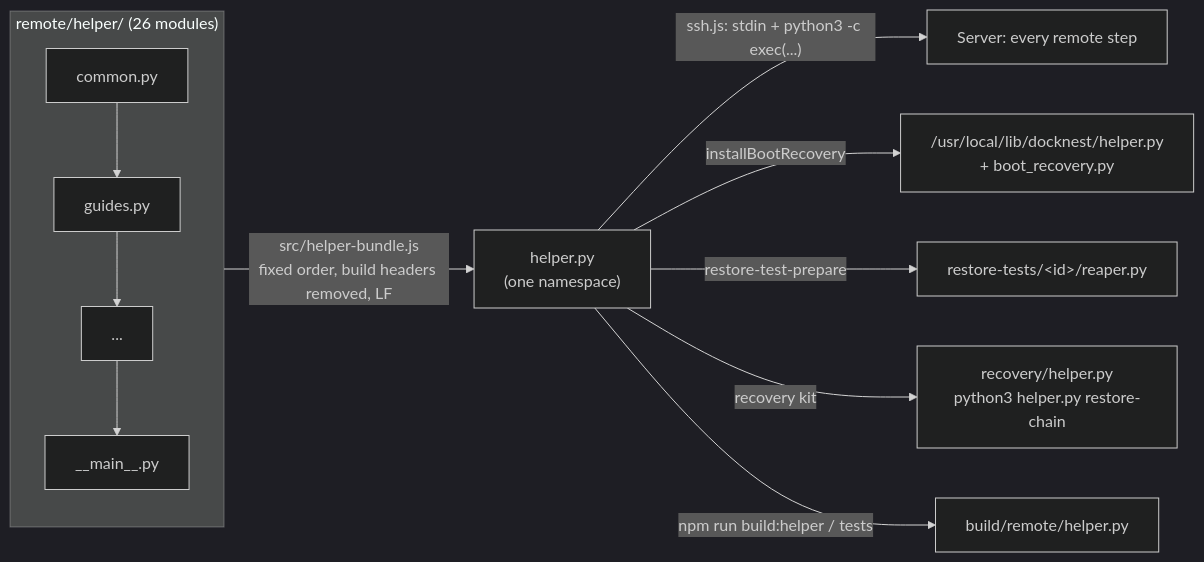
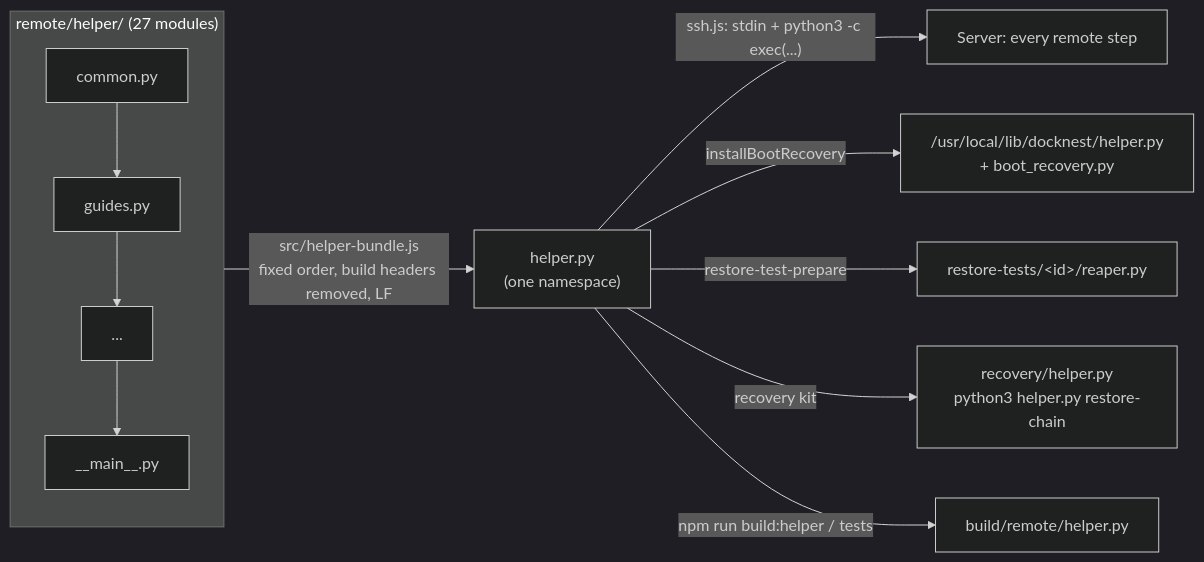
One commit to DahanItamar/DockNest changed the first of 3 diagrams in docs/remote-helper.md. Above: the diagram before and after it, drawn with Mermaid (dark theme). The commit also changed 6 other files, not shown here.

````diff
--- a/docs/remote-helper.md
+++ b/docs/remote-helper.md
@@ -55,12 +55,12 @@
 ```mermaid
 flowchart LR
-  subgraph Source["remote/helper/ (26 modules)"]
+  subgraph Source["remote/helper/ (27 modules)"]
     M1[common.py] --> M2[guides.py] --> M3[...] --> M15[__main__.py]
   end
   Source -->|"src/helper-bundle.js<br/>fixed order, build headers removed, LF"| B["helper.py<br/>(one namespace)"]
   B -->|"ssh.js: stdin + python3 -c exec(...)"| S[Server: every remote step]
   B -->|"installBootRecovery"| R["/usr/local/lib/docknest/helper.py<br/>+ boot_recovery.py"]
   B -->|"restore-test-prepare"| P["restore-tests/&lt;id&gt;/reaper.py"]
   B -->|"recovery kit"| K["recovery/helper.py<br/>python3 helper.py restore-chain"]
   B -->|"npm run build:helper / tests"| D[build/remote/helper.py]
 ```
````
